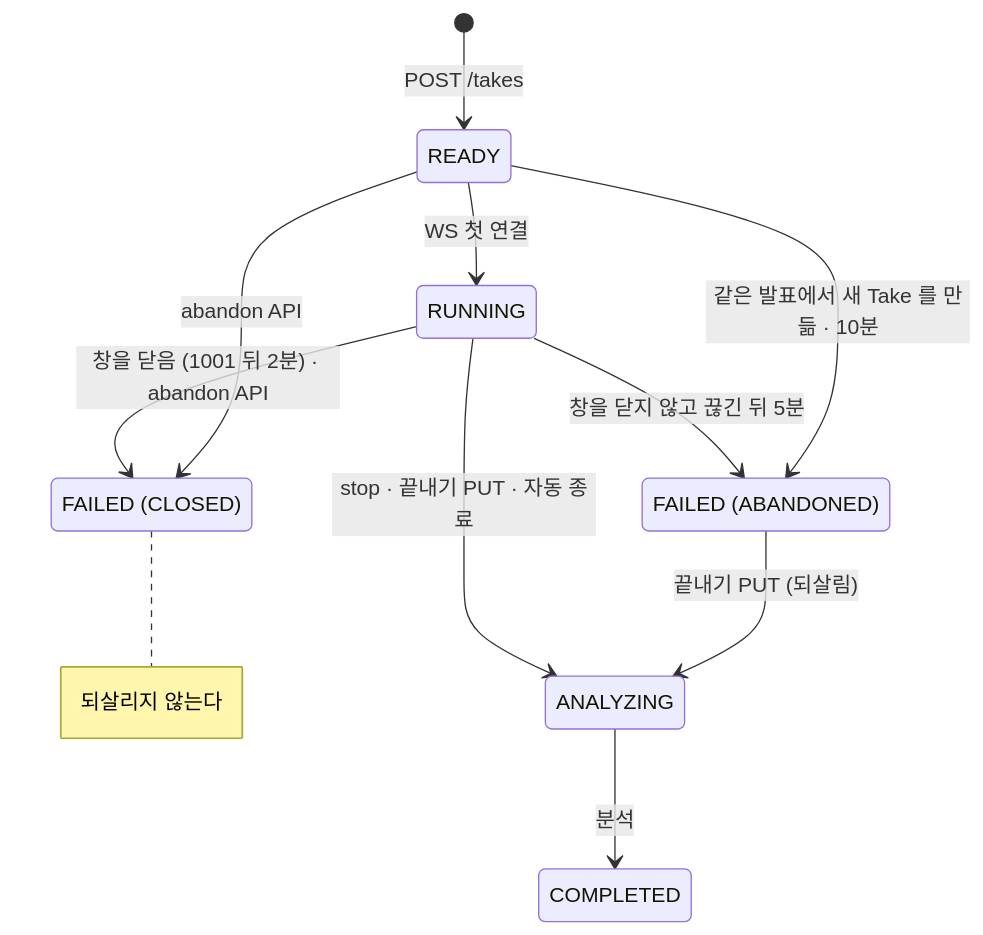
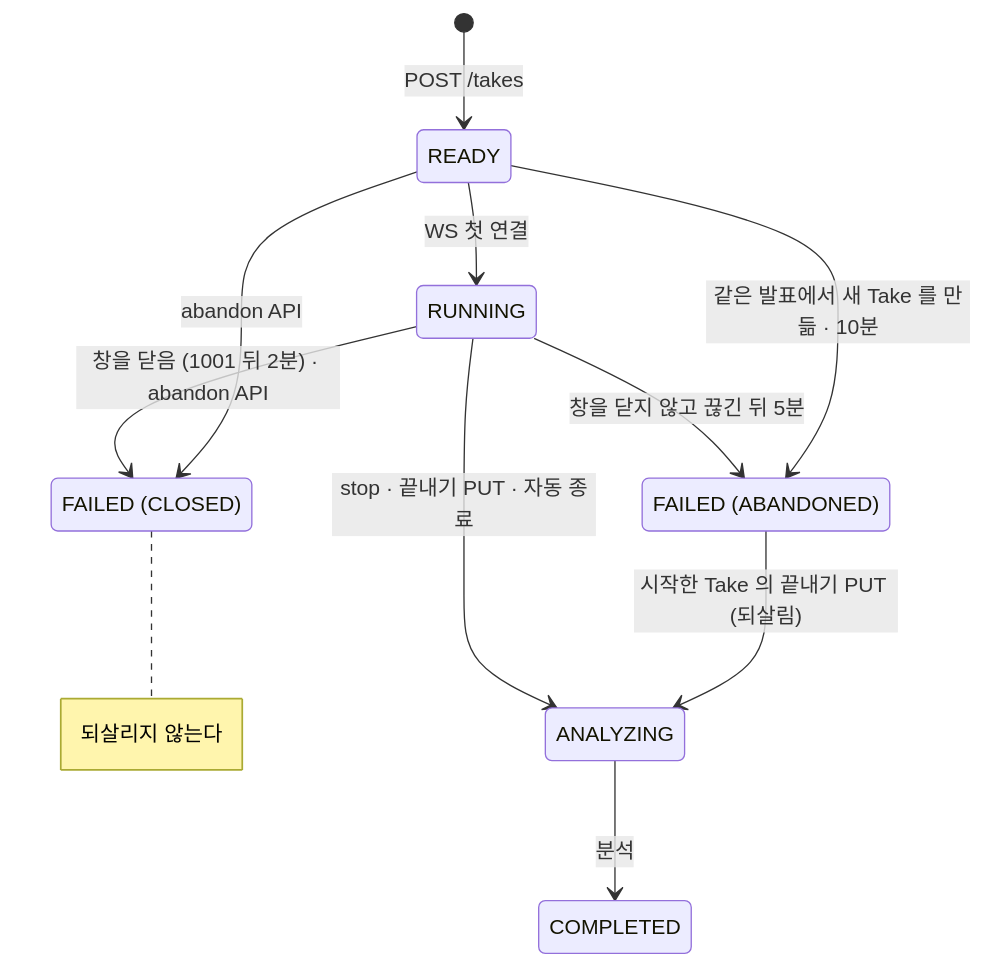
One commit to kakaotechcampus-4/ktc4-pusan-2 changed the diagram in docs/be/take-lifecycle.md. Above: the diagram before and after it, drawn with Mermaid. The commit also changed other lines of this file and 1 other file, not shown here.

Commit message:
docs(be): 시작하지 않은 Take 의 끝내기 거절을 문서에 맞춘다

````diff
--- a/docs/be/take-lifecycle.md
+++ b/docs/be/take-lifecycle.md
@@ -8,18 +8,18 @@
 ```mermaid
 stateDiagram-v2
     state "FAILED (CLOSED)" as CLOSED
     state "FAILED (ABANDONED)" as ABANDONED
 
     [*] --> READY : POST /takes
     READY --> RUNNING : WS 첫 연결
     RUNNING --> ANALYZING : stop · 끝내기 PUT · 자동 종료
     ANALYZING --> COMPLETED : 분석
 
     RUNNING --> CLOSED : 창을 닫음 (1001 뒤 2분) · abandon API
     READY --> CLOSED : abandon API
     RUNNING --> ABANDONED : 창을 닫지 않고 끊긴 뒤 5분
     READY --> ABANDONED : 같은 발표에서 새 Take 를 만듦 · 10분
-    ABANDONED --> ANALYZING : 끝내기 PUT (되살림)
+    ABANDONED --> ANALYZING : 시작한 Take 의 끝내기 PUT (되살림)
 
     note right of CLOSED : 되살리지 않는다
 ```
````
